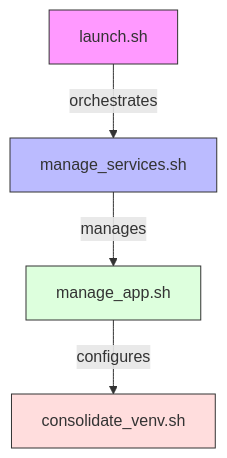
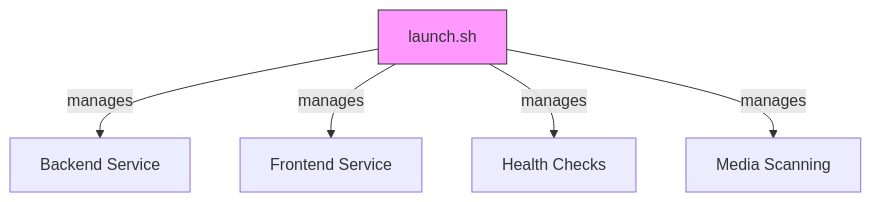
One commit to rjpaganini/mam-poc changed the diagram in docs/development/scripts.md. Above: the diagram before and after it, drawn with Mermaid. The commit also changed other lines of this file and 124 other files, not shown here.

````diff
--- a/docs/development/scripts.md
+++ b/docs/development/scripts.md
@@ -7,10 +19,8 @@
 ```mermaid
 graph TD
-    A[launch.sh] -->|orchestrates| B[manage_services.sh]
-    B -->|manages| C[manage_app.sh]
-    C -->|configures| D[consolidate_venv.sh]
+    A[launch.sh] -->|manages| B[Backend Service]
+    A -->|manages| C[Frontend Service]
+    A -->|manages| D[Health Checks]
+    A -->|manages| E[Media Scanning]
     style A fill:#f9f,stroke:#333
-    style B fill:#bbf,stroke:#333
-    style C fill:#dfd,stroke:#333
-    style D fill:#fdd,stroke:#333
 ```
````
